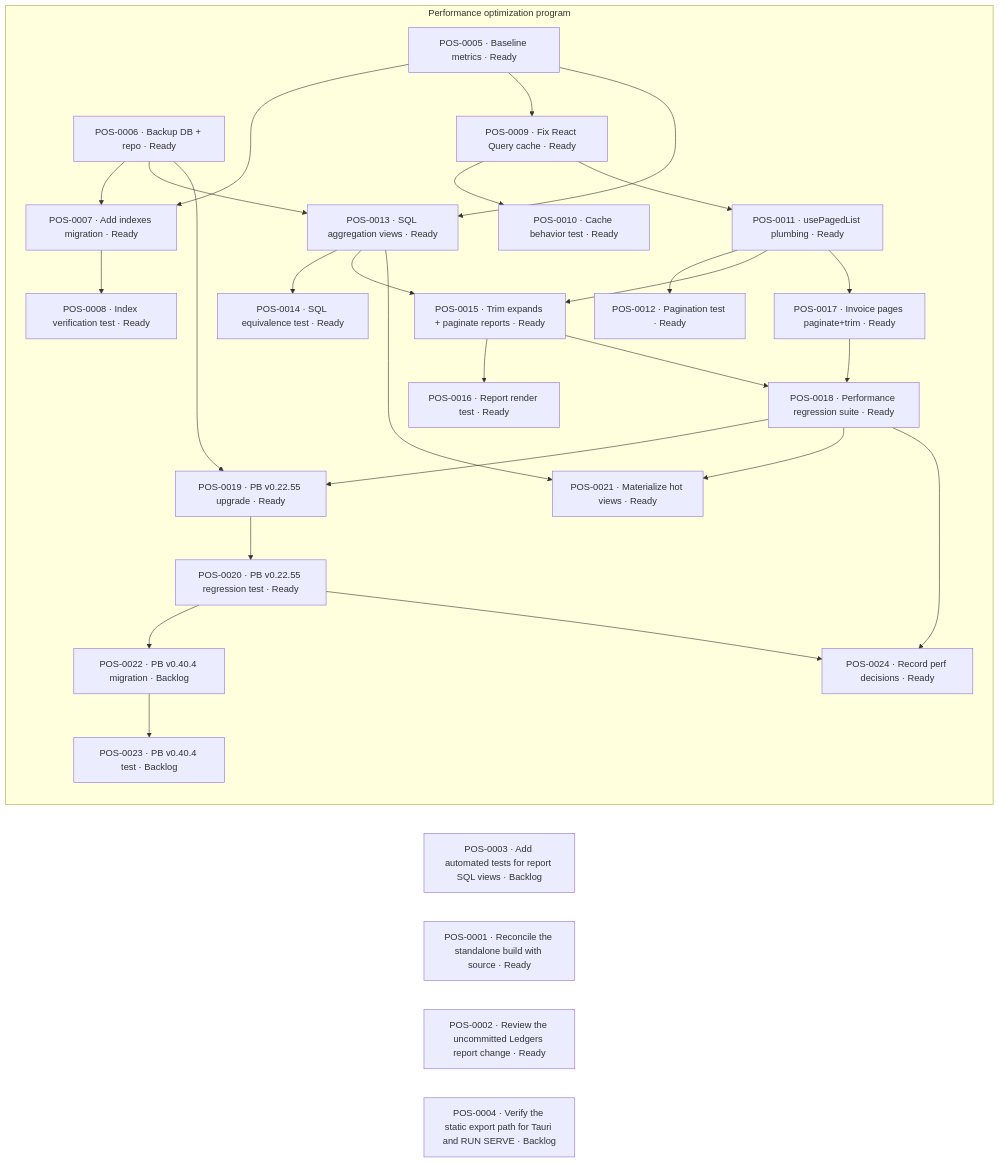
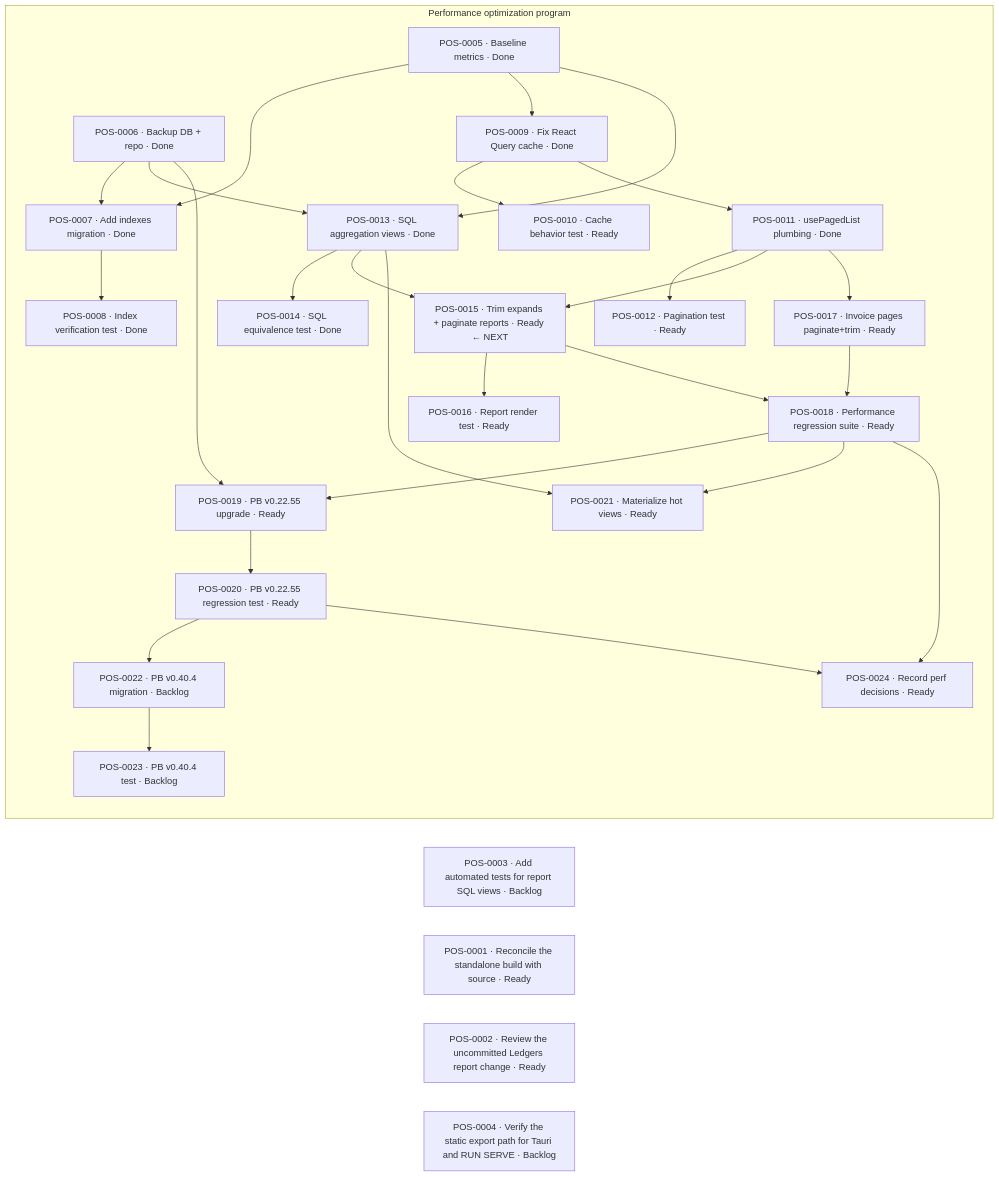
One commit to abdulhakam/aa_point_of_sale changed the second of 2 diagrams in vault/projects/aa-point-of-sale.md. Above: the diagram before and after it, drawn with Mermaid. The commit also changed other lines of this file and 11 other files, not shown here.

````diff
--- a/vault/projects/aa-point-of-sale.md
+++ b/vault/projects/aa-point-of-sale.md
@@ -121,56 +128,56 @@
 ```mermaid
 flowchart LR
   T1["POS-0003 · Add automated tests for report SQL views · Backlog"]
   T2["POS-0001 · Reconcile the standalone build with source · Ready"]
   T3["POS-0002 · Review the uncommitted Ledgers report change · Ready"]
   T4["POS-0004 · Verify the static export path for Tauri and RUN SERVE · Backlog"]
 
   subgraph PERF["Performance optimization program"]
-    P5["POS-0005 · Baseline metrics · Ready"]
-    P6["POS-0006 · Backup DB + repo · Ready"]
-    P7["POS-0007 · Add indexes migration · Ready"]
-    P8["POS-0008 · Index verification test · Ready"]
-    P9["POS-0009 · Fix React Query cache · Ready"]
+    P5["POS-0005 · Baseline metrics · Done"]
+    P6["POS-0006 · Backup DB + repo · Done"]
+    P7["POS-0007 · Add indexes migration · Done"]
+    P8["POS-0008 · Index verification test · Done"]
+    P9["POS-0009 · Fix React Query cache · Done"]
     P10["POS-0010 · Cache behavior test · Ready"]
-    P11["POS-0011 · usePagedList plumbing · Ready"]
+    P11["POS-0011 · usePagedList plumbing · Done"]
     P12["POS-0012 · Pagination test · Ready"]
-    P13["POS-0013 · SQL aggregation views · Ready"]
-    P14["POS-0014 · SQL equivalence test · Ready"]
-    P15["POS-0015 · Trim expands + paginate reports · Ready"]
+    P13["POS-0013 · SQL aggregation views · Done"]
+    P14["POS-0014 · SQL equivalence test · Done"]
+    P15["POS-0015 · Trim expands + paginate reports · Ready ← NEXT"]
     P16["POS-0016 · Report render test · Ready"]
     P17["POS-0017 · Invoice pages paginate+trim · Ready"]
     P18["POS-0018 · Performance regression suite · Ready"]
     P19["POS-0019 · PB v0.22.55 upgrade · Ready"]
     P20["POS-0020 · PB v0.22.55 regression test · Ready"]
     P21["POS-0021 · Materialize hot views · Ready"]
     P22["POS-0022 · PB v0.40.4 migration · Backlog"]
     P23["POS-0023 · PB v0.40.4 test · Backlog"]
     P24["POS-0024 · Record perf decisions · Ready"]
   end
 
   P5 --> P7
   P6 --> P7
   P7 --> P8
   P5 --> P9
   P9 --> P10
   P9 --> P11
   P11 --> P12
   P5 --> P13
   P6 --> P13
   P13 --> P14
   P11 --> P15
   P13 --> P15
   P15 --> P16
   P11 --> P17
   P15 --> P18
   P17 --> P18
   P6 --> P19
   P18 --> P19
   P19 --> P20
   P13 --> P21
   P18 --> P21
   P20 --> P22
   P22 --> P23
   P18 --> P24
   P20 --> P24
 ```
````
